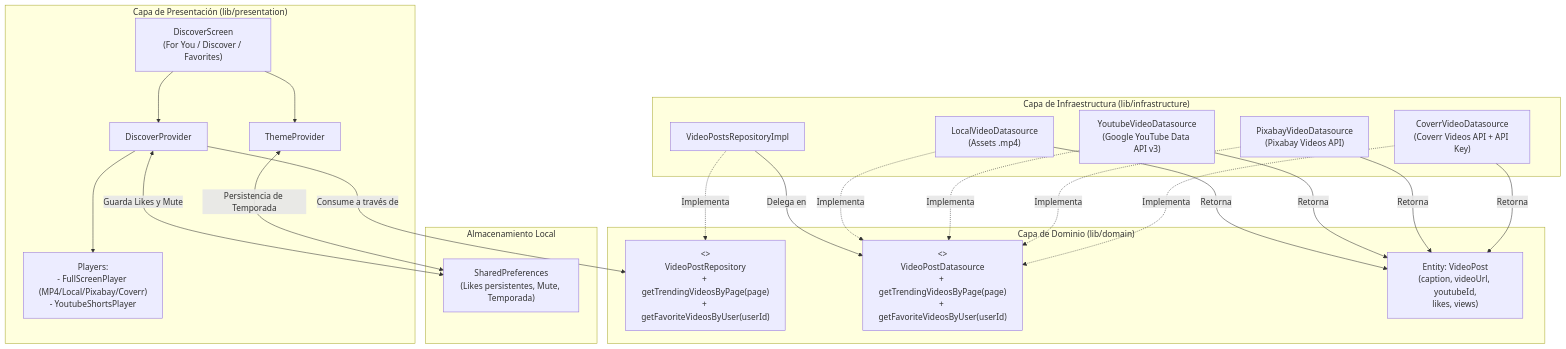
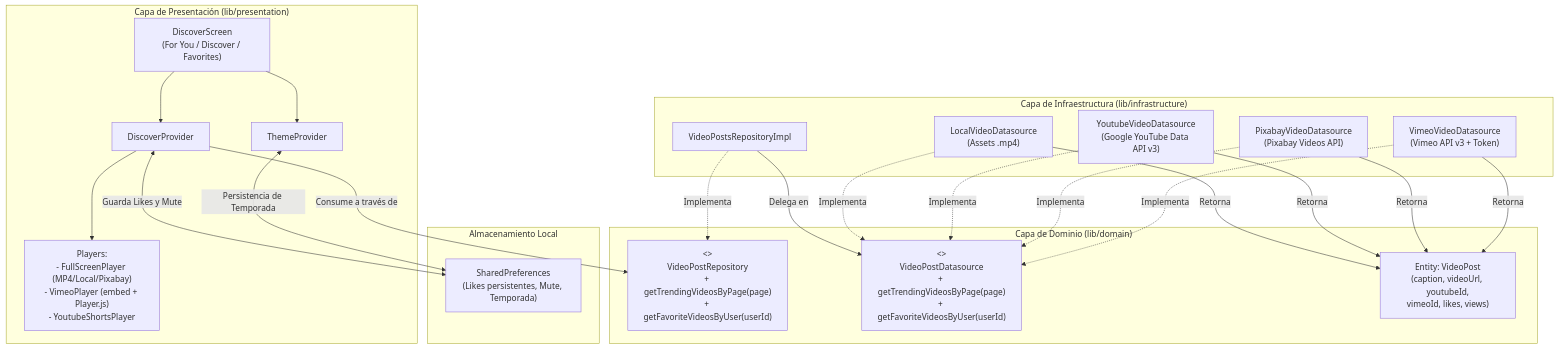
Before and after one commit to JesuuusArt/Practicas_DMI_220772: the diagram in Practica04/toktik/Docs/Architecture/DIAGRAMA_2_CLEAN_ARCHITECTURE.md, drawn with Mermaid. The commit also changed other lines of this file and 14 other files, not shown here.

````diff
--- a/Practica04/toktik/Docs/Architecture/DIAGRAMA_2_CLEAN_ARCHITECTURE.md
+++ b/Practica04/toktik/Docs/Architecture/DIAGRAMA_2_CLEAN_ARCHITECTURE.md
@@ -18,49 +18,49 @@
 ```mermaid
 graph TD
     subgraph Presentation ["Capa de Presentación (lib/presentation)"]
         UI_Screen["DiscoverScreen\n(For You / Discover / Favorites)"]
         Prov_Discover["DiscoverProvider"]
         Prov_Theme["ThemeProvider"]
-        UI_Players["Players:\n- FullScreenPlayer (MP4/Local/Pixabay/Coverr)\n- YoutubeShortsPlayer"]
+        UI_Players["Players:\n- FullScreenPlayer (MP4/Local/Pixabay)\n- VimeoPlayer (embed + Player.js)\n- YoutubeShortsPlayer"]
     end
 
     subgraph Domain ["Capa de Dominio (lib/domain)"]
         Repo_Interface["<<interface>>\nVideoPostRepository\n+ getTrendingVideosByPage(page)\n+ getFavoriteVideosByUser(userId)"]
         Datasource_Interface["<<interface>>\nVideoPostDatasource\n+ getTrendingVideosByPage(page)\n+ getFavoriteVideosByUser(userId)"]
-        Entity_Video["Entity: VideoPost\n(caption, videoUrl, youtubeId,\nlikes, views)"]
+        Entity_Video["Entity: VideoPost\n(caption, videoUrl, youtubeId,\nvimeoId, likes, views)"]
     end
 
     subgraph Infrastructure ["Capa de Infraestructura (lib/infrastructure)"]
         Repo_Impl["VideoPostsRepositoryImpl"]
         DS_Local["LocalVideoDatasource\n(Assets .mp4)"]
         DS_YouTube["YoutubeVideoDatasource\n(Google YouTube Data API v3)"]
         DS_Pixabay["PixabayVideoDatasource\n(Pixabay Videos API)"]
-        DS_Coverr["CoverrVideoDatasource\n(Coverr Videos API + API Key)"]
+        DS_Vimeo["VimeoVideoDatasource\n(Vimeo API v3 + Token)"]
     end
 
     subgraph Storage ["Almacenamiento Local"]
         Prefs["SharedPreferences\n(Likes persistentes, Mute, Temporada)"]
     end
 
     %% Relaciones Presentación -> Dominio
     UI_Screen --> Prov_Discover
     UI_Screen --> Prov_Theme
     Prov_Discover --> UI_Players
     Prov_Discover -->|Consume a través de| Repo_Interface
     Prov_Discover <-->|Guarda Likes y Mute| Prefs
     Prov_Theme <-->|Persistencia de Temporada| Prefs
 
     %% Relaciones Dominio -> Infraestructura
     Repo_Impl -.->|Implementa| Repo_Interface
     Repo_Impl -->|Delega en| Datasource_Interface
 
     DS_Local -.->|Implementa| Datasource_Interface
     DS_YouTube -.->|Implementa| Datasource_Interface
     DS_Pixabay -.->|Implementa| Datasource_Interface
-    DS_Coverr -.->|Implementa| Datasource_Interface
+    DS_Vimeo -.->|Implementa| Datasource_Interface
 
     DS_Local -->|Retorna| Entity_Video
     DS_YouTube -->|Retorna| Entity_Video
     DS_Pixabay -->|Retorna| Entity_Video
-    DS_Coverr -->|Retorna| Entity_Video
+    DS_Vimeo -->|Retorna| Entity_Video
 ```
````
